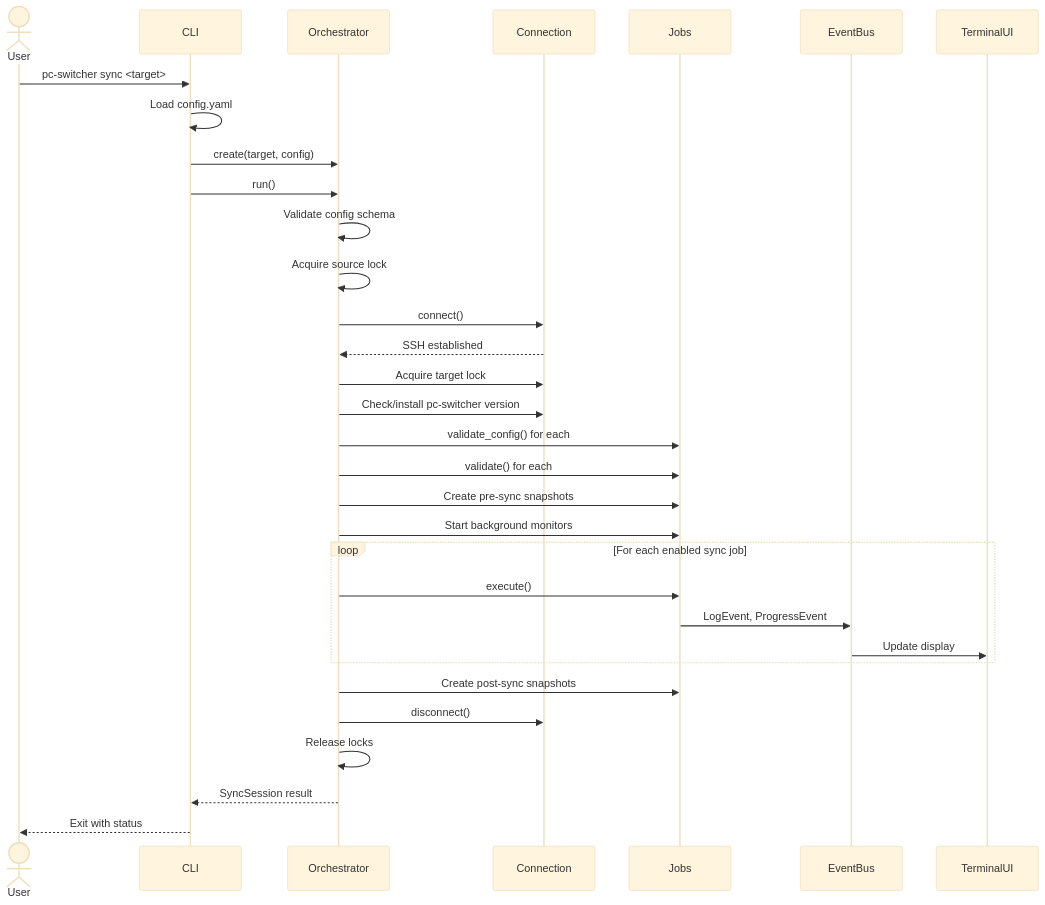
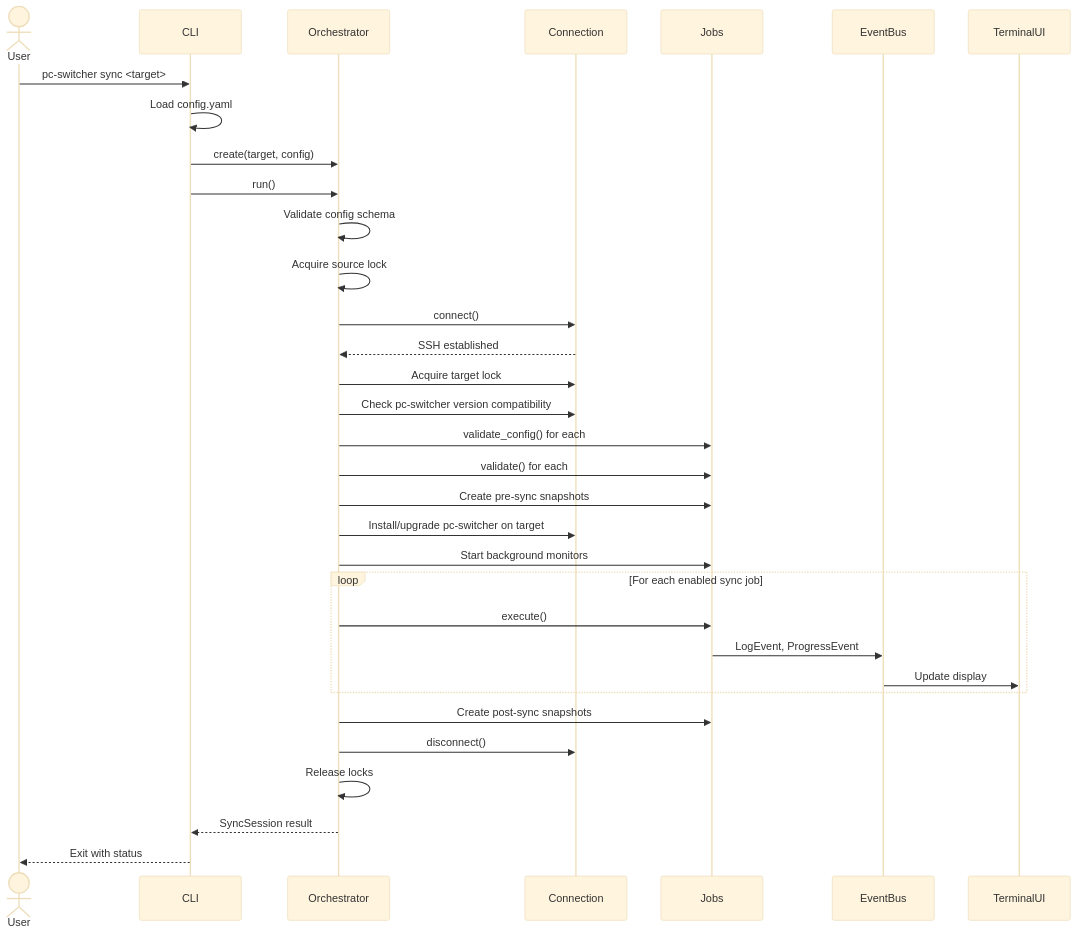
One commit to flaksit/pc-switcher changed the second of 3 diagrams in docs/architecture.md. Above: the diagram before and after it, drawn with Mermaid (base theme). The commit also changed other lines of this file and 4 other files, not shown here.

Commit message:
install/upgrade on target after snapshot

````diff
--- a/docs/architecture.md
+++ b/docs/architecture.md
@@ -133,40 +136,41 @@
 ```mermaid
 sequenceDiagram
     actor User
     participant CLI
     participant Orchestrator
     participant Connection
     participant Jobs
     participant EventBus
     participant TerminalUI
 
     User->>CLI: pc-switcher sync <target>
     CLI->>CLI: Load config.yaml
     CLI->>Orchestrator: create(target, config)
     CLI->>Orchestrator: run()
 
     Orchestrator->>Orchestrator: Validate config schema
     Orchestrator->>Orchestrator: Acquire source lock
     Orchestrator->>Connection: connect()
     Connection-->>Orchestrator: SSH established
     Orchestrator->>Connection: Acquire target lock
 
-    Orchestrator->>Connection: Check/install pc-switcher version
+    Orchestrator->>Connection: Check pc-switcher version compatibility
     Orchestrator->>Jobs: validate_config() for each
     Orchestrator->>Jobs: validate() for each
 
     Orchestrator->>Jobs: Create pre-sync snapshots
+    Orchestrator->>Connection: Install/upgrade pc-switcher on target
     Orchestrator->>Jobs: Start background monitors
 
     loop For each enabled sync job
         Orchestrator->>Jobs: execute()
         Jobs->>EventBus: LogEvent, ProgressEvent
         EventBus->>TerminalUI: Update display
     end
 
     Orchestrator->>Jobs: Create post-sync snapshots
     Orchestrator->>Connection: disconnect()
     Orchestrator->>Orchestrator: Release locks
     Orchestrator-->>CLI: SyncSession result
     CLI-->>User: Exit with status
 ```
````
